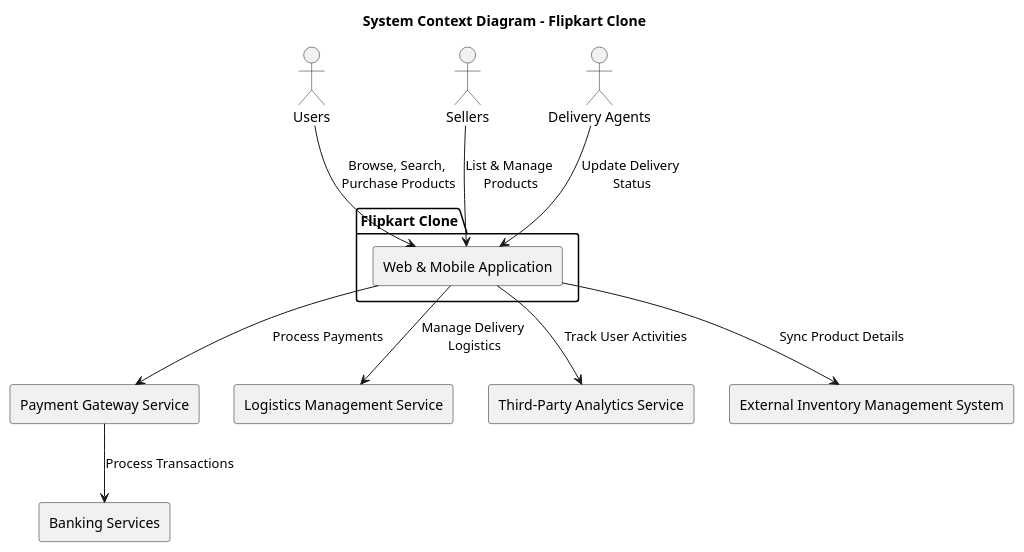
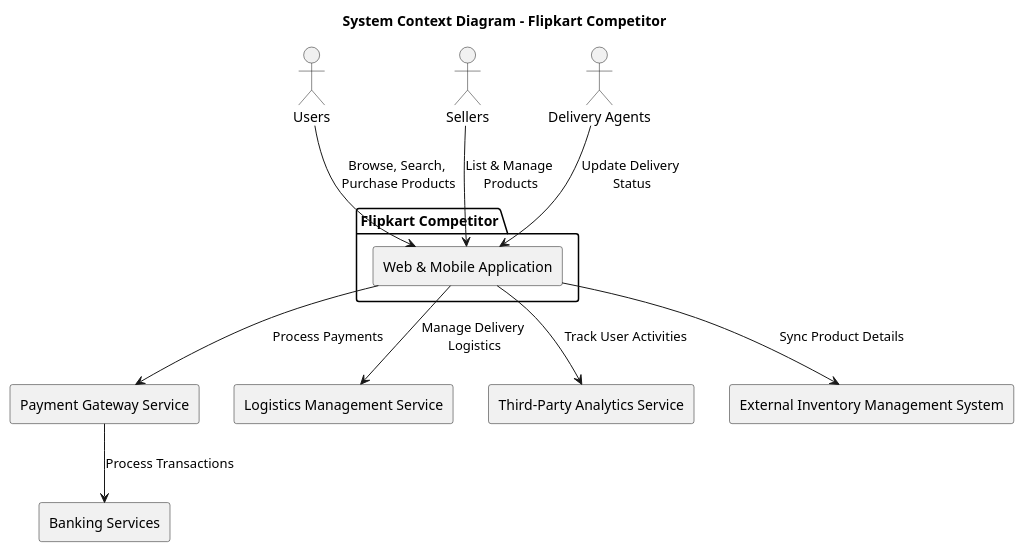
Before and after one commit to IIITLucknowSWEngg/CSAICSBTeam020: the first of 4 diagrams in Assignment/05_Architecture.md, drawn with PlantUML. The commit also changed other lines of this file, not shown here.

````diff
--- a/Assignment/05_Architecture.md
+++ b/Assignment/05_Architecture.md
@@ -5,30 +5,30 @@
 ```plantuml
 @startuml
-title System Context Diagram - Flipkart Clone
+title System Context Diagram - Flipkart Competitor
 
 actor "Users" as U
 actor "Sellers" as S
 actor "Delivery Agents" as D
 
-package "Flipkart Clone" {
+package "Flipkart Competitor" {
   rectangle "Web & Mobile Application" as App
 }
 
 rectangle "Payment Gateway Service" as PGS
 rectangle "Banking Services" as Bank
 rectangle "Logistics Management Service" as LMS
 rectangle "Third-Party Analytics Service" as Analytics
 rectangle "External Inventory Management System" as Inventory
 
 U --> App : Browse, Search, \nPurchase Products
 S --> App : List & Manage \nProducts
 D --> App : Update Delivery \nStatus
 
 App --> PGS : Process Payments
 PGS --> Bank : Process Transactions
 App --> LMS : Manage Delivery \nLogistics
 App --> Analytics : Track User Activities
 App --> Inventory : Sync Product Details
 
 @enduml
 ```
````
